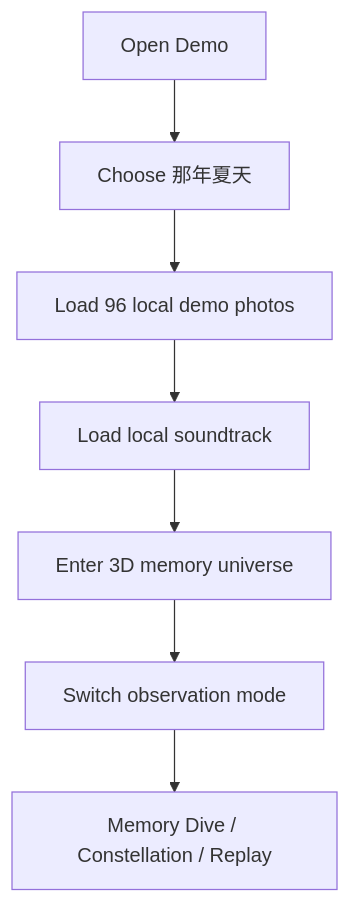
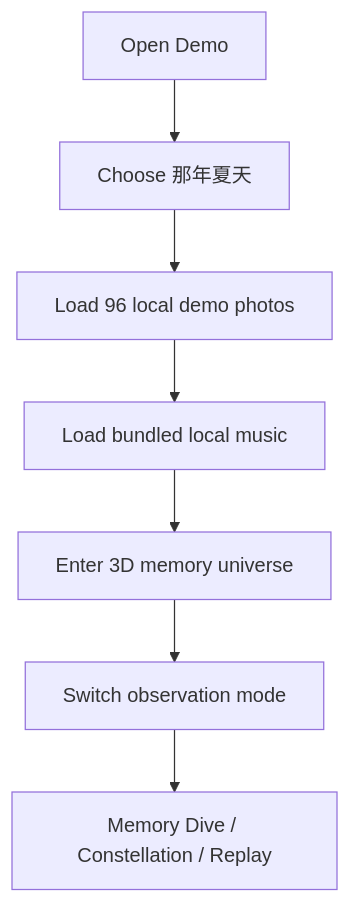
The first of 2 diagrams in docs/user-flow.md (3555489035ppx-wq/memory-universe), drawn with Mermaid before and after one commit. The commit also changed other lines of this file and 62 other files, not shown here.

````diff
--- a/docs/user-flow.md
+++ b/docs/user-flow.md
@@ -5,9 +5,9 @@
 ```mermaid
 flowchart TD
   A[Open Demo] --> B[Choose 那年夏天]
   B --> C[Load 96 local demo photos]
-  C --> D[Load local soundtrack]
+  C --> D[Load bundled local music]
   D --> E[Enter 3D memory universe]
   E --> F[Switch observation mode]
   F --> G[Memory Dive / Constellation / Replay]
 ```
````
